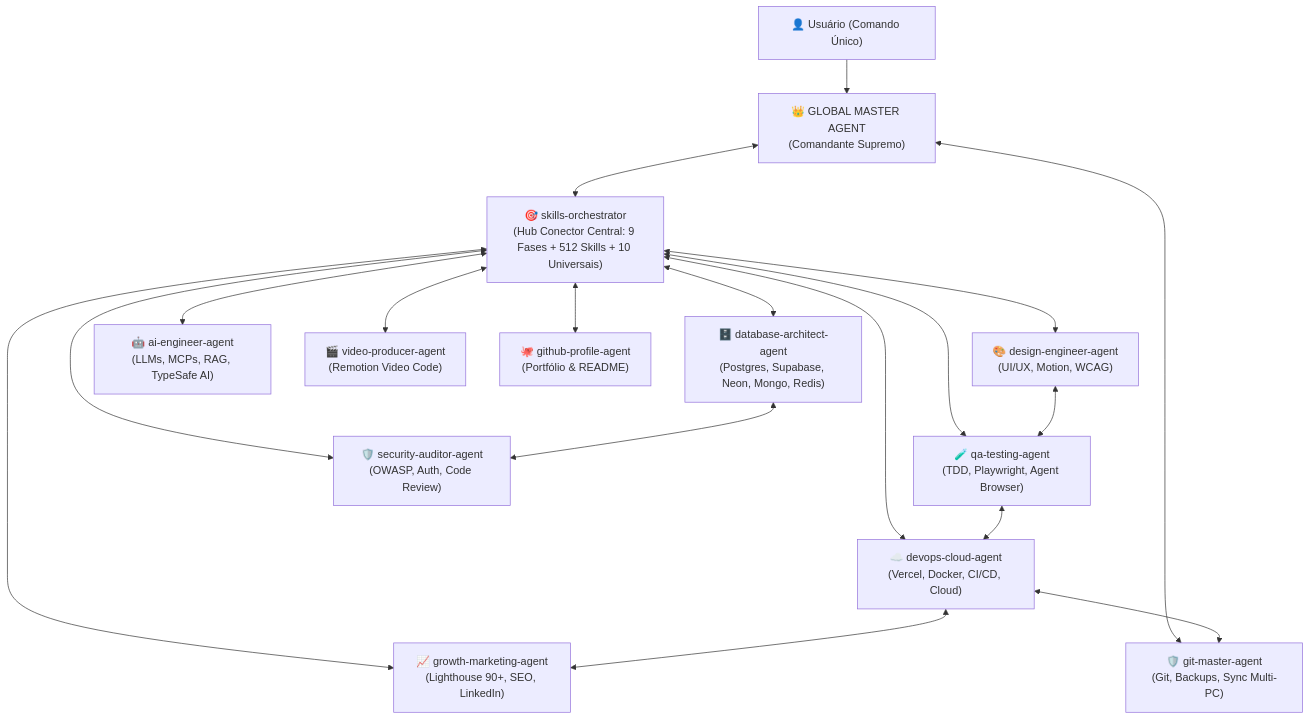
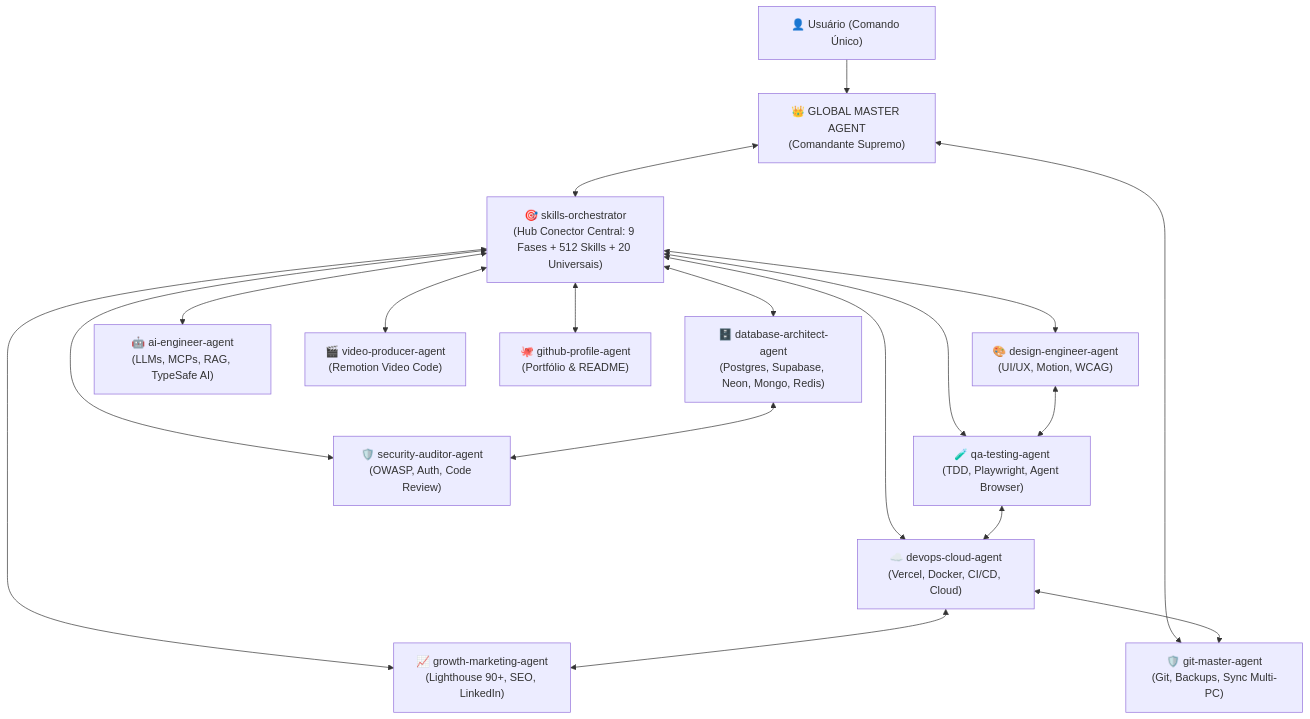
The diagram in custom-agents/global-master-agent/SKILL.md (Henrique1601/SkiilsToIAs), drawn with Mermaid before and after one commit. The commit also changed other lines of this file and 25 other files, not shown here.

````diff
--- a/custom-agents/global-master-agent/SKILL.md
+++ b/custom-agents/global-master-agent/SKILL.md
@@ -56,24 +66,24 @@
 ```mermaid
 flowchart TD
     User["👤 Usuário (Comando Único)"] --> GMA["👑 GLOBAL MASTER AGENT<br/>(Comandante Supremo)"]
     
-    GMA <--> ORCH["🎯 skills-orchestrator<br/>(Hub Conector Central: 9 Fases + 512 Skills + 10 Universais)"]
+    GMA <--> ORCH["🎯 skills-orchestrator<br/>(Hub Conector Central: 9 Fases + 512 Skills + 20 Universais)"]
     GMA <--> GIT["🛡️ git-master-agent<br/>(Git, Backups, Sync Multi-PC)"]
 
     ORCH <--> UI["🎨 design-engineer-agent<br/>(UI/UX, Motion, WCAG)"]
     ORCH <--> DB["🗄️ database-architect-agent<br/>(Postgres, Supabase, Neon, Mongo, Redis)"]
     ORCH <--> AI["🤖 ai-engineer-agent<br/>(LLMs, MCPs, RAG, TypeSafe AI)"]
     ORCH <--> QA["🧪 qa-testing-agent<br/>(TDD, Playwright, Agent Browser)"]
     ORCH <--> SEC["🛡️ security-auditor-agent<br/>(OWASP, Auth, Code Review)"]
     ORCH <--> DEVOPS["☁️ devops-cloud-agent<br/>(Vercel, Docker, CI/CD, Cloud)"]
     ORCH <--> GROWTH["📈 growth-marketing-agent<br/>(Lighthouse 90+, SEO, LinkedIn)"]
     ORCH <--> VIDEO["🎬 video-producer-agent<br/>(Remotion Video Code)"]
     ORCH <--> PROFILE["🐙 github-profile-agent<br/>(Portfólio & README)"]
 
     %% Colaboração Horizontal Entre Agentes
     DB <--> SEC
     UI <--> QA
     QA <--> DEVOPS
     DEVOPS <--> GROWTH
     DEVOPS <--> GIT
 ```
````
